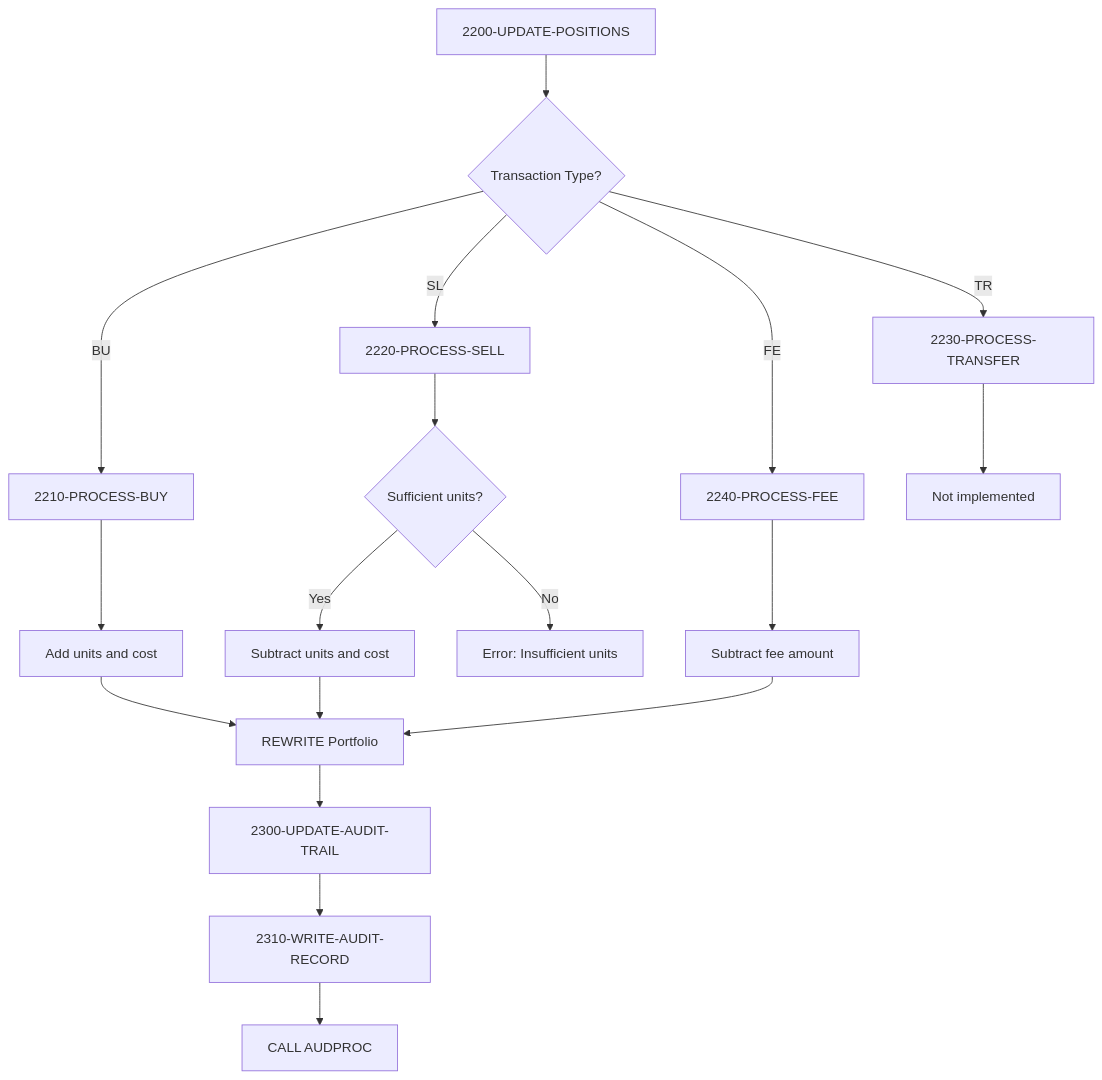
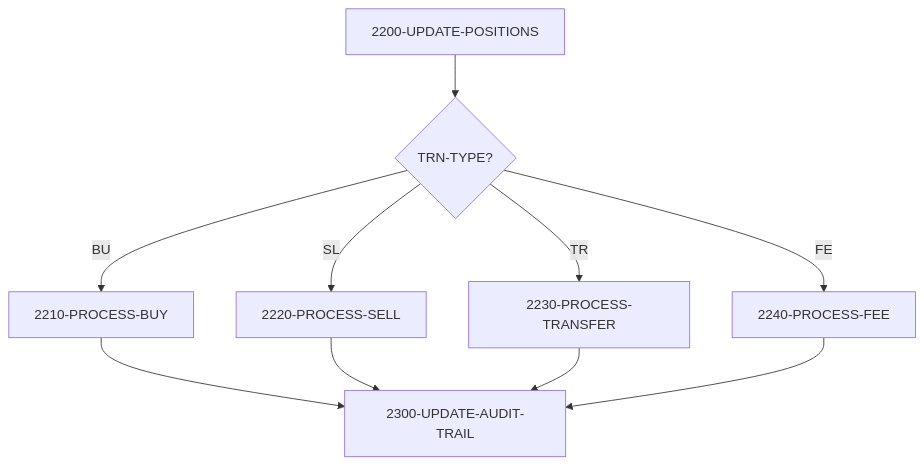
One commit to haladir-com/legacy-benchmark-docs-vb70e1 changed the second of 3 diagrams in docs/programs/PORTTRAN.mdx. Above: the diagram before and after it, drawn with Mermaid. The commit also changed other lines of this file and 64 other files, not shown here.

````diff
--- a/docs/programs/PORTTRAN.mdx
+++ b/docs/programs/PORTTRAN.mdx
@@ -45,22 +221,12 @@
 ```mermaid
-graph TD
-    A[2200-UPDATE-POSITIONS] --> B{Transaction Type?}
+flowchart TD
+    A[2200-UPDATE-POSITIONS] --> B{TRN-TYPE?}
     B -->|BU| C[2210-PROCESS-BUY]
     B -->|SL| D[2220-PROCESS-SELL]
     B -->|TR| E[2230-PROCESS-TRANSFER]
     B -->|FE| F[2240-PROCESS-FEE]
-    
-    C --> G[Add units and cost]
-    D --> H{Sufficient units?}
-    H -->|Yes| I[Subtract units and cost]
-    H -->|No| J[Error: Insufficient units]
-    E --> K[Not implemented]
-    F --> L[Subtract fee amount]
-    
-    G --> M[REWRITE Portfolio]
-    I --> M
-    L --> M
-    M --> N[2300-UPDATE-AUDIT-TRAIL]
-    N --> O[2310-WRITE-AUDIT-RECORD]
-    O --> P[CALL AUDPROC]
+    C --> G[2300-UPDATE-AUDIT-TRAIL]
+    D --> G
+    E --> G
+    F --> G
 ```
````
